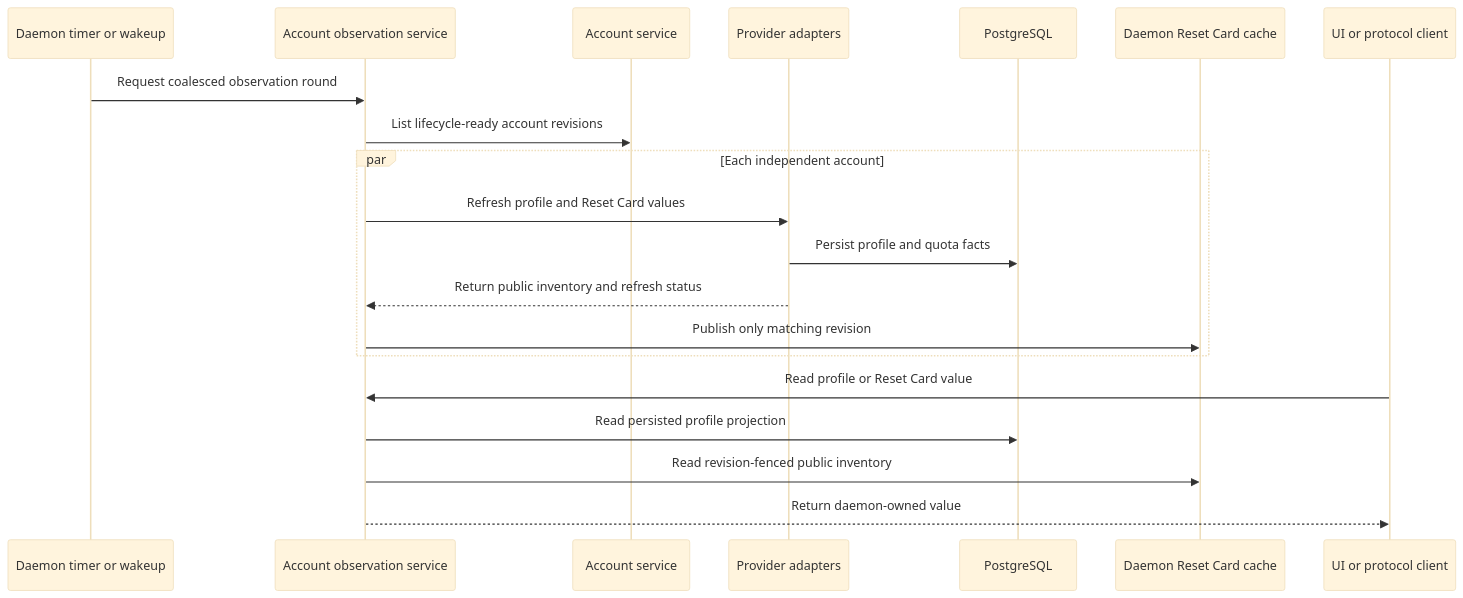
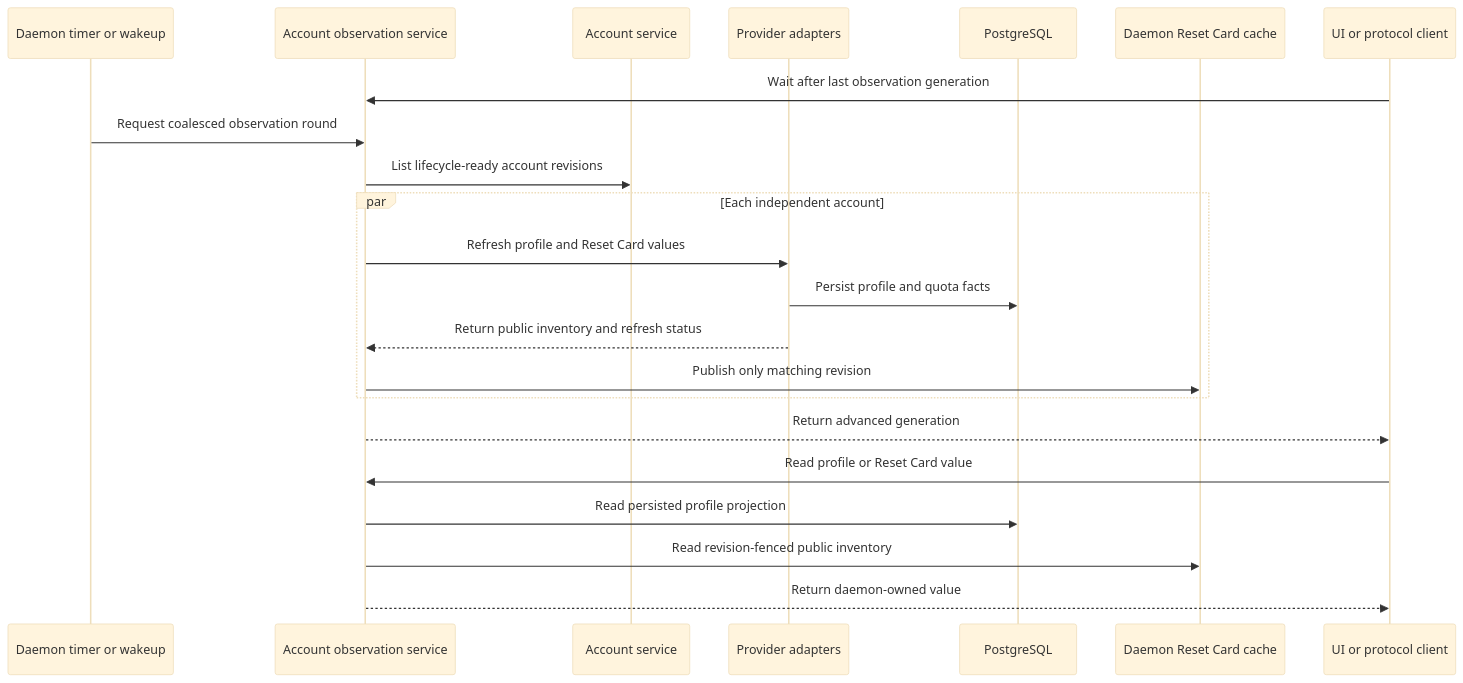
The diagram in openwiki/specs/account-lifecycle-authority.md (acg-box/decodex), drawn with Mermaid (base theme) before and after one commit. The commit also changed other lines of this file and 18 other files, not shown here.

Commit message:
{"schema":"decodex/commit/2","change":"Drive account UI refresh from daemon observations and remove direct credential refresh","authority":"manual","impact":"compatible"}

````diff
--- a/openwiki/specs/account-lifecycle-authority.md
+++ b/openwiki/specs/account-lifecycle-authority.md
@@ -336,23 +340,25 @@
 ```mermaid
 sequenceDiagram
     participant Timer as Daemon timer or wakeup
     participant Observer as Account observation service
     participant Accounts as Account service
     participant Provider as Provider adapters
     participant Store as PostgreSQL
     participant Cache as Daemon Reset Card cache
-    participant Client as UI or protocol client
+	participant Client as UI or protocol client
 
-    Timer->>Observer: Request coalesced observation round
+	Client->>Observer: Wait after last observation generation
+	Timer->>Observer: Request coalesced observation round
     Observer->>Accounts: List lifecycle-ready account revisions
     par Each independent account
         Observer->>Provider: Refresh profile and Reset Card values
         Provider->>Store: Persist profile and quota facts
         Provider-->>Observer: Return public inventory and refresh status
-        Observer->>Cache: Publish only matching revision
-    end
-    Client->>Observer: Read profile or Reset Card value
+		Observer->>Cache: Publish only matching revision
+	end
+	Observer-->>Client: Return advanced generation
+	Client->>Observer: Read profile or Reset Card value
     Observer->>Store: Read persisted profile projection
     Observer->>Cache: Read revision-fenced public inventory
     Observer-->>Client: Return daemon-owned value
 ```
````
